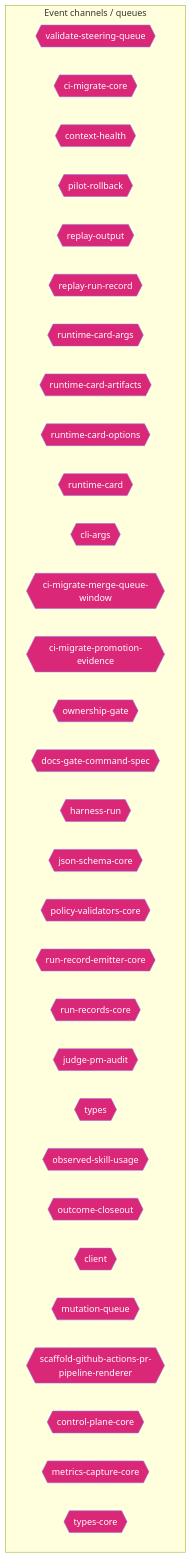
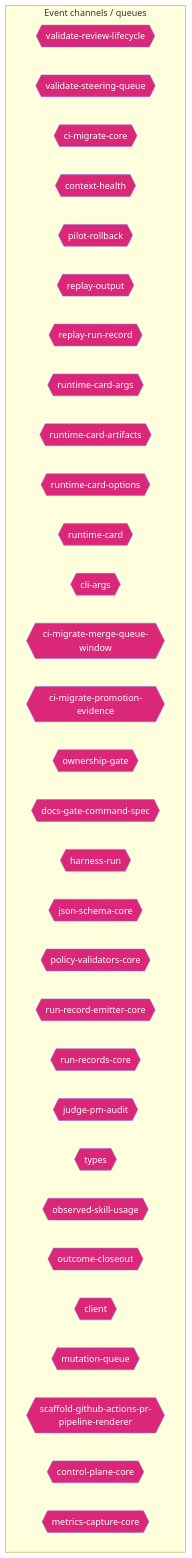
The ninth of 14 diagrams in AI/context/diagram-context.md (jscraik/coding-harness), drawn with Mermaid before and after one commit. The commit also changed other lines of this file and 6 other files, not shown here.

````diff
--- a/AI/context/diagram-context.md
+++ b/AI/context/diagram-context.md
@@ -1172,38 +1180,38 @@
 ```mermaid
 flowchart TD
   subgraph Channels["Event channels / queues"]
+    validate_review_lifecycle_0b410d1e{{"validate-review-lifecycle"}}
     validate_steering_queue_4bc0cc94{{"validate-steering-queue"}}
     ci_migrate_core_7005b5af{{"ci-migrate-core"}}
     context_health_80bb7da9{{"context-health"}}
     pilot_rollback_00c1f82c{{"pilot-rollback"}}
     replay_output_993eda9e{{"replay-output"}}
     replay_run_record_9a08cce2{{"replay-run-record"}}
     runtime_card_args_2b3d4b28{{"runtime-card-args"}}
     runtime_card_artifacts_143b799c{{"runtime-card-artifacts"}}
     runtime_card_options_c9156ad5{{"runtime-card-options"}}
     runtime_card_e06b53e1{{"runtime-card"}}
     cli_args_1_6144b055{{"cli-args"}}
     ci_migrate_merge_queue_window_0070bd6d{{"ci-migrate-merge-queue-window"}}
     ci_migrate_promotion_evidence_1a2dc527{{"ci-migrate-promotion-evidence"}}
     ownership_gate_2e194d13{{"ownership-gate"}}
     docs_gate_command_spec_16795187{{"docs-gate-command-spec"}}
     harness_run_c0761792{{"harness-run"}}
     json_schema_core_96d7e328{{"json-schema-core"}}
     policy_validators_core_714a3fe7{{"policy-validators-core"}}
     run_record_emitter_core_688049d5{{"run-record-emitter-core"}}
     run_records_core_89286dfa{{"run-records-core"}}
     judge_pm_audit_ccd20b35{{"judge-pm-audit"}}
     types_8_f6283648{{"types"}}
     observed_skill_usage_ed7d5930{{"observed-skill-usage"}}
     outcome_closeout_ba497ec2{{"outcome-closeout"}}
     client_948fe603{{"client"}}
     mutation_queue_ce5a530e{{"mutation-queue"}}
     scaffold_github_actions_pr_pipeline_renderer_1ee18de5{{"scaffold-github-actions-pr-pipeline-renderer"}}
     control_plane_core_db3b4cb2{{"control-plane-core"}}
     metrics_capture_core_db4bf7cf{{"metrics-capture-core"}}
-    types_core_1_8bd0f8fd{{"types-core"}}
   end
   classDef eventNode fill:#db2777,color:#fff
-  class validate_steering_queue_4bc0cc94,ci_migrate_core_7005b5af,context_health_80bb7da9,pilot_rollback_00c1f82c,replay_output_993eda9e,replay_run_record_9a08cce2,runtime_card_args_2b3d4b28,runtime_card_artifacts_143b799c,runtime_card_options_c9156ad5,runtime_card_e06b53e1,cli_args_1_6144b055,ci_migrate_merge_queue_window_0070bd6d,ci_migrate_promotion_evidence_1a2dc527,ownership_gate_2e194d13,docs_gate_command_spec_16795187,harness_run_c0761792,json_schema_core_96d7e328,policy_validators_core_714a3fe7,run_record_emitter_core_688049d5,run_records_core_89286dfa,judge_pm_audit_ccd20b35,types_8_f6283648,observed_skill_usage_ed7d5930,outcome_closeout_ba497ec2,client_948fe603,mutation_queue_ce5a530e,scaffold_github_actions_pr_pipeline_renderer_1ee18de5,control_plane_core_db3b4cb2,metrics_capture_core_db4bf7cf,types_core_1_8bd0f8fd eventNode
+  class validate_review_lifecycle_0b410d1e,validate_steering_queue_4bc0cc94,ci_migrate_core_7005b5af,context_health_80bb7da9,pilot_rollback_00c1f82c,replay_output_993eda9e,replay_run_record_9a08cce2,runtime_card_args_2b3d4b28,runtime_card_artifacts_143b799c,runtime_card_options_c9156ad5,runtime_card_e06b53e1,cli_args_1_6144b055,ci_migrate_merge_queue_window_0070bd6d,ci_migrate_promotion_evidence_1a2dc527,ownership_gate_2e194d13,docs_gate_command_spec_16795187,harness_run_c0761792,json_schema_core_96d7e328,policy_validators_core_714a3fe7,run_record_emitter_core_688049d5,run_records_core_89286dfa,judge_pm_audit_ccd20b35,types_8_f6283648,observed_skill_usage_ed7d5930,outcome_closeout_ba497ec2,client_948fe603,mutation_queue_ce5a530e,scaffold_github_actions_pr_pipeline_renderer_1ee18de5,control_plane_core_db3b4cb2,metrics_capture_core_db4bf7cf eventNode
 
 ```
````
